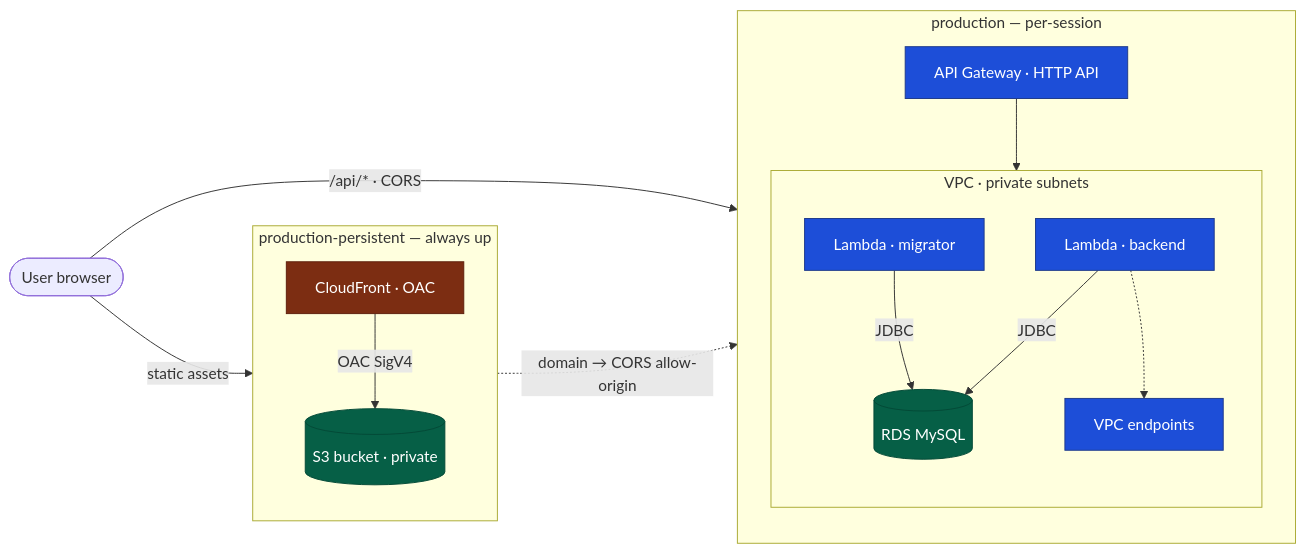
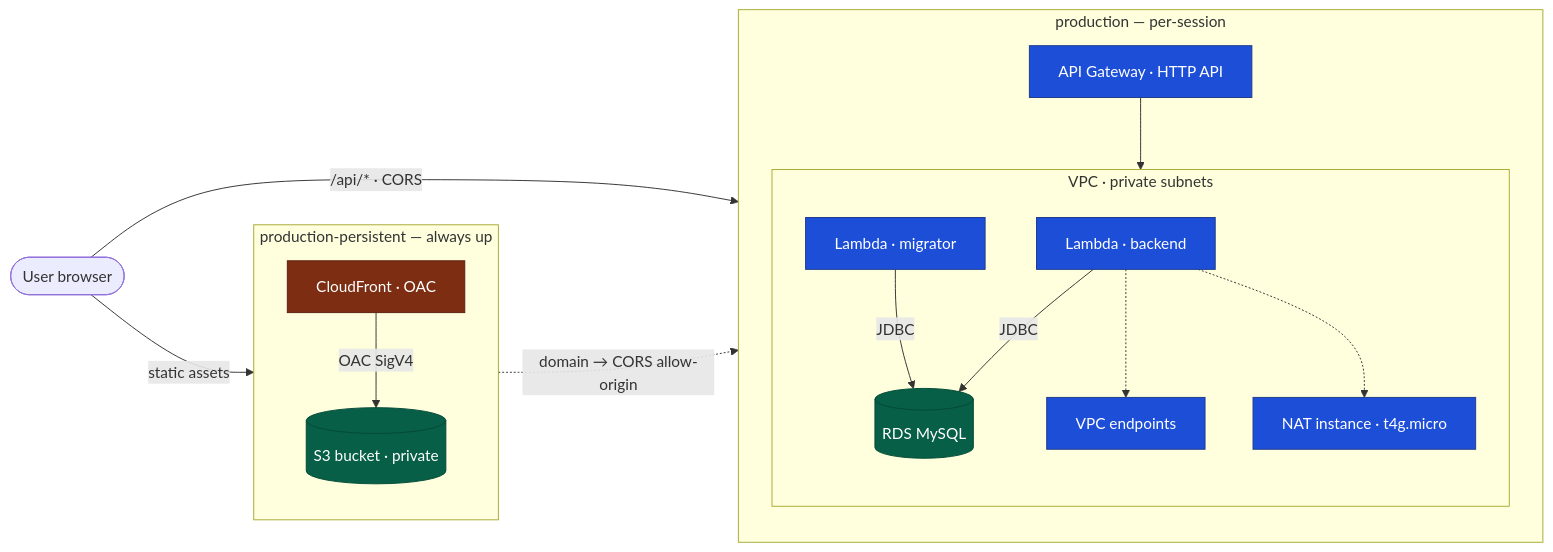
Before and after one commit to koonliang/stocktracker: the first of 2 diagrams in infra/README.md, drawn with Mermaid. The commit also changed other lines of this file and 139 other files, not shown here.

````diff
--- a/infra/README.md
+++ b/infra/README.md
@@ -9,35 +9,37 @@
 ```mermaid
 flowchart LR
     classDef cdn fill:#7c2d12,stroke:#5e1f0c,color:#fff
     classDef app fill:#1d4ed8,stroke:#1e3a8a,color:#fff
     classDef data fill:#065f46,stroke:#044a37,color:#fff
 
     user(["User browser"])
 
     subgraph persistent["production-persistent — always up"]
         direction TB
         CF["CloudFront · OAC"]:::cdn
         S3[("S3 bucket · private")]:::data
         CF -->|OAC SigV4| S3
     end
 
     subgraph ephemeral["production — per-session"]
         direction TB
         APIGW["API Gateway · HTTP API"]:::app
         subgraph vpc["VPC · private subnets"]
             direction TB
             LB["Lambda · backend"]:::app
             LM["Lambda · migrator"]:::app
             VPCE["VPC endpoints"]:::app
+            NAT["NAT instance · t4g.micro"]:::app
             RDS[("RDS MySQL")]:::data
         end
         APIGW --> LB
         LB -->|JDBC| RDS
         LM -->|JDBC| RDS
         LB -.-> VPCE
+        LB -.-> NAT
     end
 
     user -->|"static assets"| CF
     user -->|"/api/* · CORS"| APIGW
     CF -.->|"domain → CORS allow-origin"| APIGW
 ```
````
